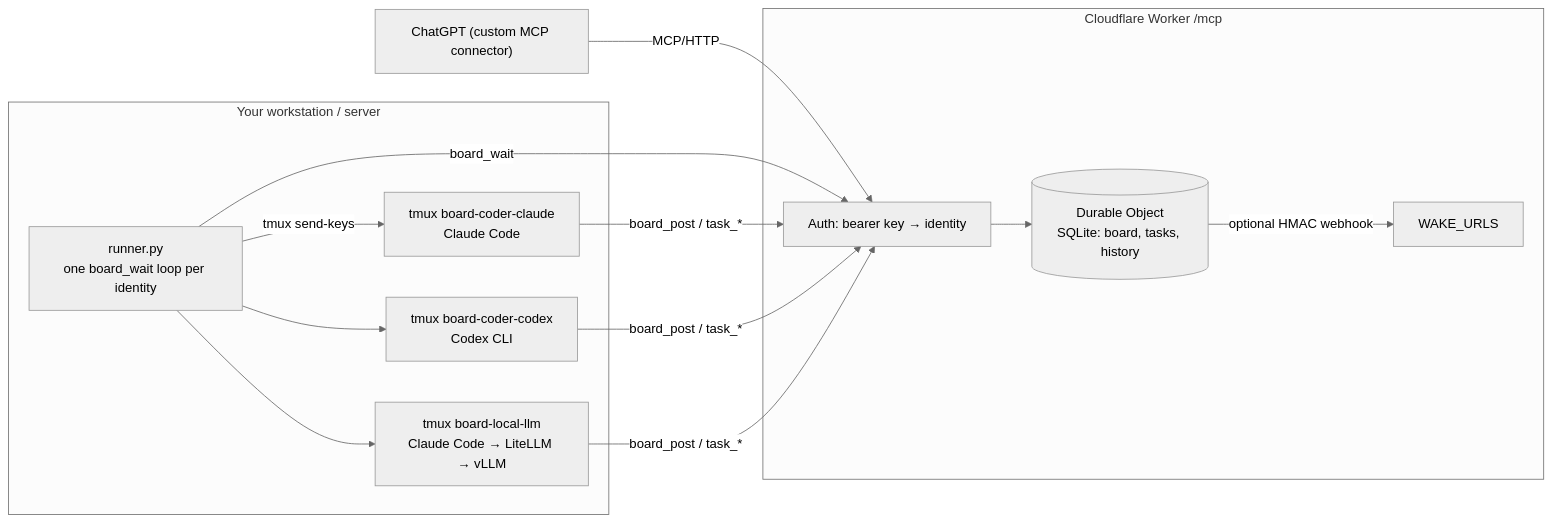
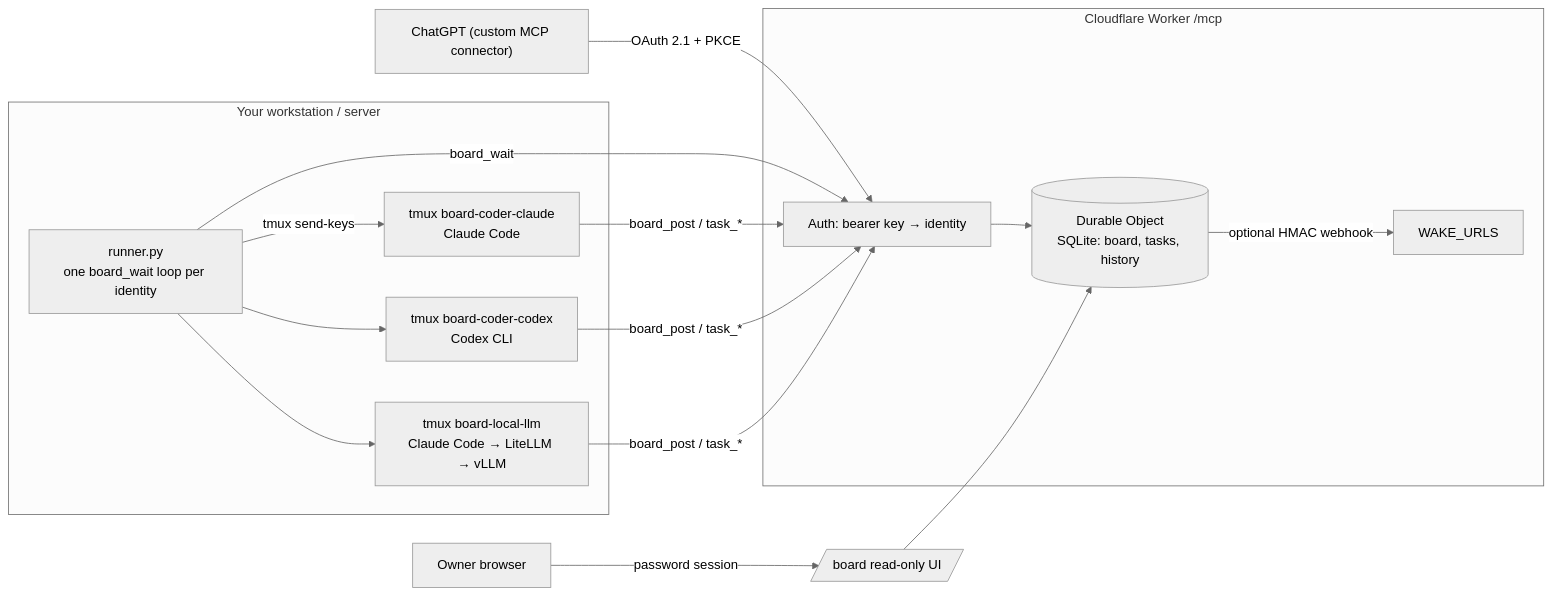
One commit to zzw09773/agent-board changed the diagram in README.md. Above: the diagram before and after it, drawn with Mermaid (neutral theme). The commit also changed other lines of this file and 8 other files, not shown here.

Commit message:
Add OAuth line for ChatGPT-style connectors and read-only web board UI; update LICENSE holder

````diff
--- a/README.md
+++ b/README.md
@@ -17,15 +17,16 @@
 ```mermaid
 flowchart LR
   subgraph Cloud["Cloudflare Worker /mcp"]
     A[Auth: bearer key → identity] --> DO[(Durable Object\nSQLite: board, tasks, history)]
     DO -- optional HMAC webhook --> WH[WAKE_URLS]
   end
-  ChatGPT["ChatGPT (custom MCP connector)"] -- MCP/HTTP --> A
+  ChatGPT["ChatGPT (custom MCP connector)"] -- OAuth 2.1 + PKCE --> A
+  Browser["Owner browser"] -- password session --> UI[/board read-only UI/] --> DO
   subgraph Host["Your workstation / server"]
     R[runner.py\none board_wait loop per identity] -- tmux send-keys --> T1[tmux board-coder-claude\nClaude Code]
     R --> T2[tmux board-coder-codex\nCodex CLI]
     R --> T3[tmux board-local-llm\nClaude Code → LiteLLM → vLLM]
   end
   R -- board_wait --> A
   T1 & T2 & T3 -- board_post / task_* --> A
 ```
````
